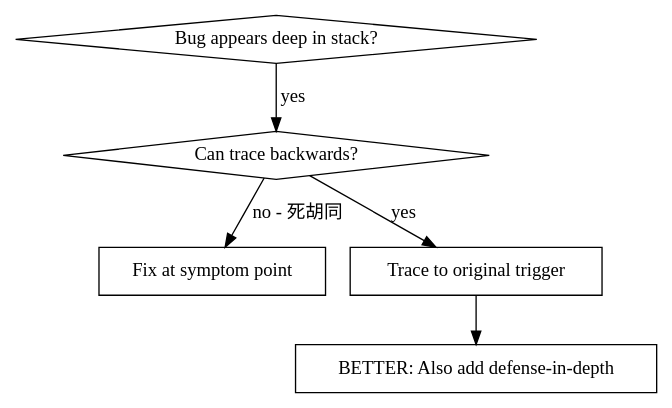
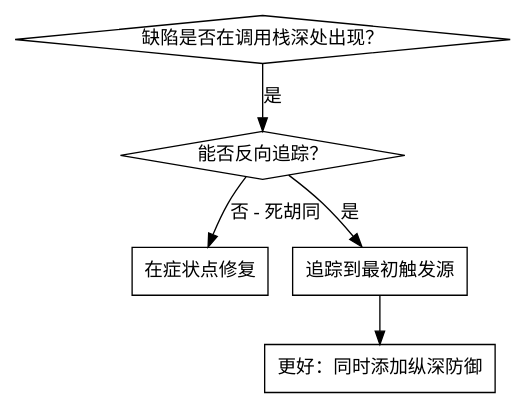
The first of 2 diagrams in superpower/translation-cn/.claude/skills/systematic-debugging/root-cause-tracing.md (camtrik/harness-study), drawn with Graphviz before and after one commit. The commit also changed other lines of this file and 42 other files, not shown here.

````diff
--- a/superpower/translation-cn/.claude/skills/systematic-debugging/root-cause-tracing.md
+++ b/superpower/translation-cn/.claude/skills/systematic-debugging/root-cause-tracing.md
@@ -11,14 +11,14 @@
 ```dot
 digraph when_to_use {
-    "Bug appears deep in stack?" [shape=diamond];
-    "Can trace backwards?" [shape=diamond];
-    "Fix at symptom point" [shape=box];
-    "Trace to original trigger" [shape=box];
-    "BETTER: Also add defense-in-depth" [shape=box];
+    "缺陷是否在调用栈深处出现？" [shape=diamond];
+    "能否反向追踪？" [shape=diamond];
+    "在症状点修复" [shape=box];
+    "追踪到最初触发源" [shape=box];
+    "更好：同时添加纵深防御" [shape=box];
 
-    "Bug appears deep in stack?" -> "Can trace backwards?" [label="yes"];
-    "Can trace backwards?" -> "Trace to original trigger" [label="yes"];
-    "Can trace backwards?" -> "Fix at symptom point" [label="no - 死胡同"];
-    "Trace to original trigger" -> "BETTER: Also add defense-in-depth";
+    "缺陷是否在调用栈深处出现？" -> "能否反向追踪？" [label="是"];
+    "能否反向追踪？" -> "追踪到最初触发源" [label="是"];
+    "能否反向追踪？" -> "在症状点修复" [label="否 - 死胡同"];
+    "追踪到最初触发源" -> "更好：同时添加纵深防御";
 }
 ```
````
